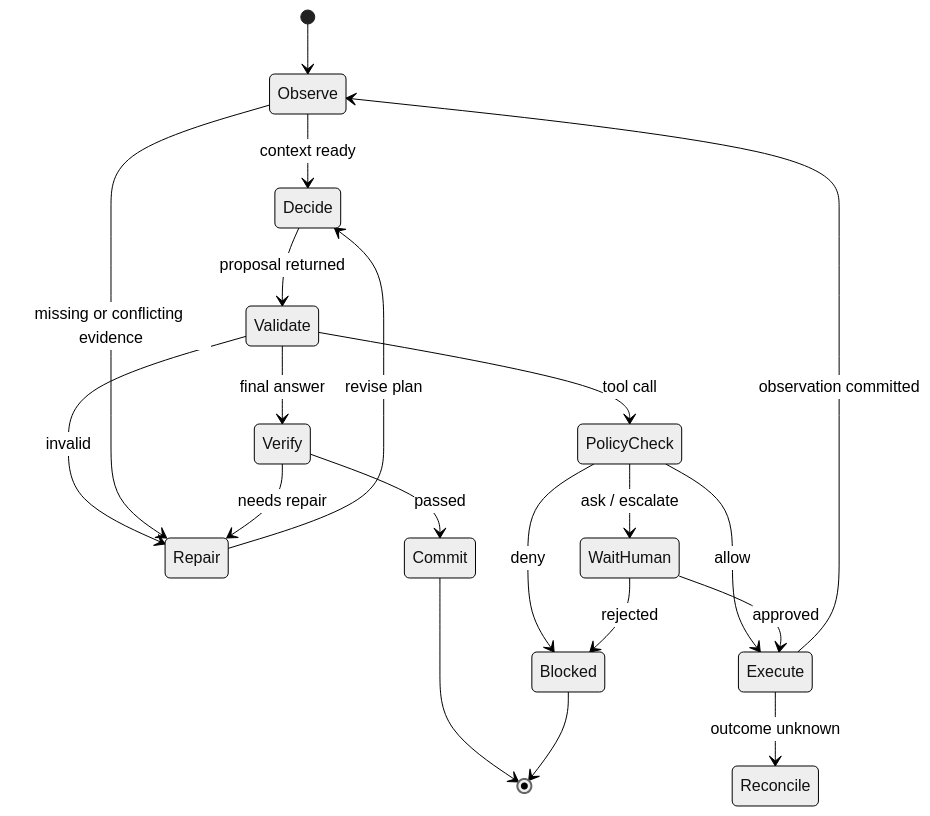
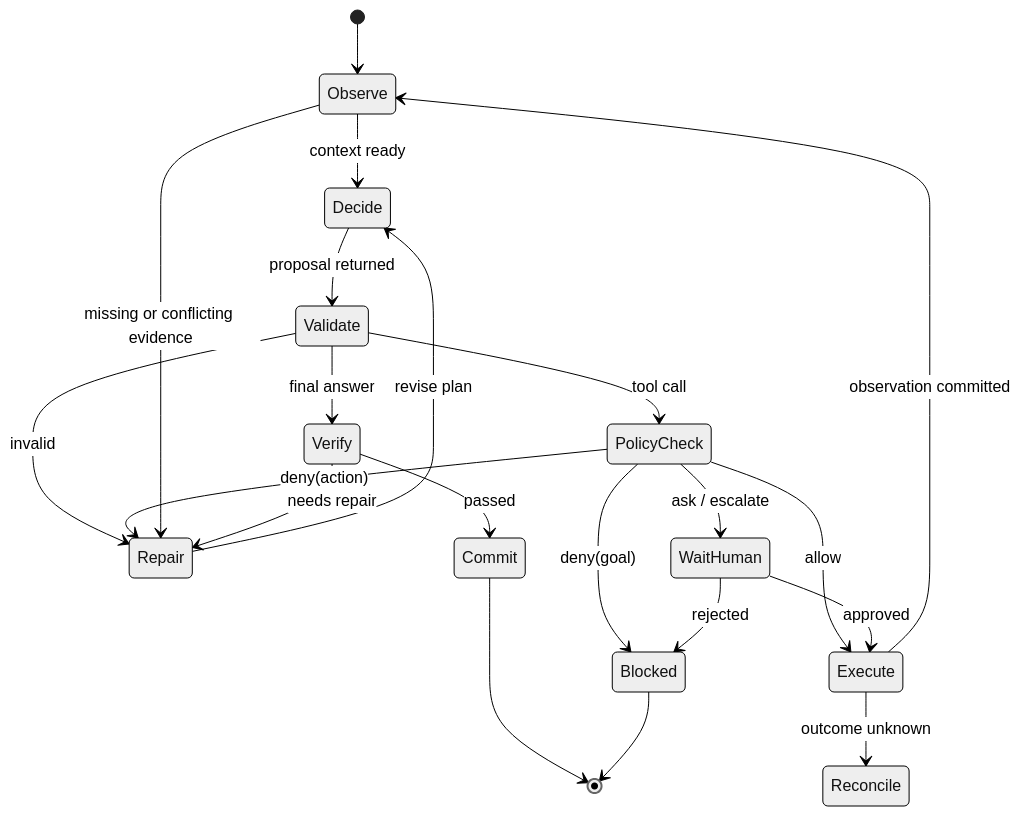
One commit to wxquare/wxquare.github.io changed the fourth of 10 diagrams in books/ai-book/src/part3/03-agent-runtime.md. Above: the diagram before and after it, drawn with Mermaid (neutral theme). The commit also changed other lines of this file and 22 other files, not shown here.

````diff
--- a/books/ai-book/src/part3/03-agent-runtime.md
+++ b/books/ai-book/src/part3/03-agent-runtime.md
@@ -956,22 +484,23 @@
 ```mermaid
 stateDiagram-v2
     [*] --> Observe
     Observe --> Decide: context ready
     Decide --> Validate: proposal returned
     Validate --> Repair: invalid
     Validate --> PolicyCheck: tool call
     Validate --> Verify: final answer
     PolicyCheck --> Execute: allow
     PolicyCheck --> WaitHuman: ask / escalate
-    PolicyCheck --> Blocked: deny
+    PolicyCheck --> Repair: deny(action)
+    PolicyCheck --> Blocked: deny(goal)
     WaitHuman --> Execute: approved
     WaitHuman --> Blocked: rejected
     Execute --> Observe: observation committed
     Execute --> Reconcile: outcome unknown
     Observe --> Repair: missing or conflicting evidence
     Repair --> Decide: revise plan
     Verify --> Repair: needs repair
     Verify --> Commit: passed
     Commit --> [*]
     Blocked --> [*]
 ```
````
